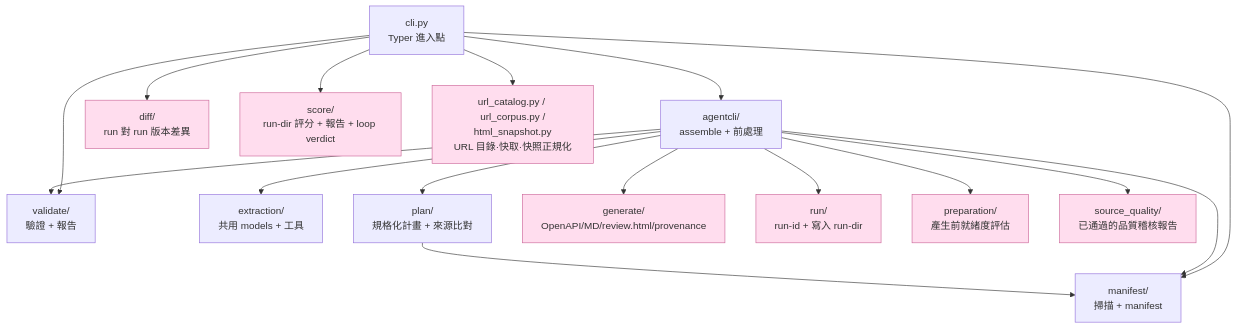
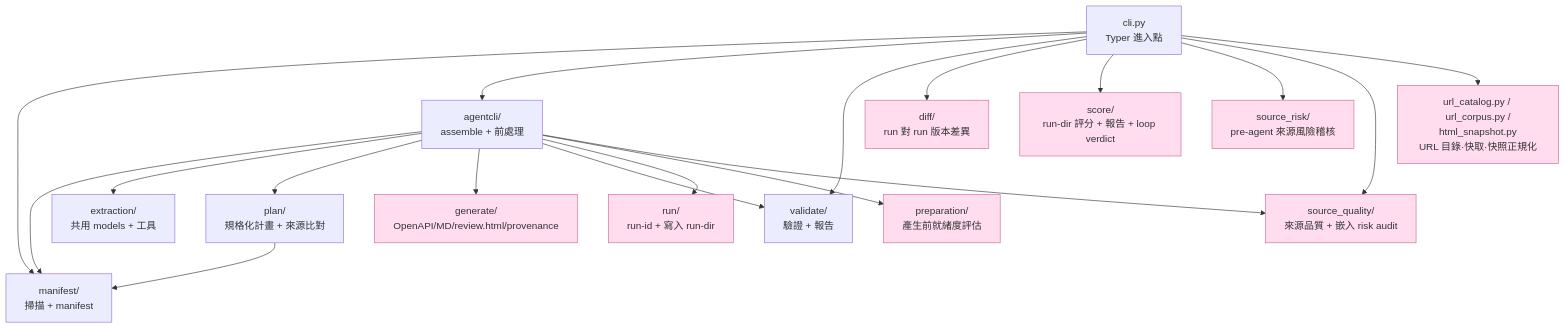
Before and after one commit to CarlLee1983/loop-apidoc: the second of 2 diagrams in docs/ARCHITECTURE.md, drawn with Mermaid. The commit also changed other lines of this file and 42 other files, not shown here.

Commit message:
feat: add pre-agent source risk gate

````diff
--- a/docs/ARCHITECTURE.md
+++ b/docs/ARCHITECTURE.md
@@ -172,25 +175,27 @@
 ```mermaid
 flowchart TD
     cli[cli.py<br/>Typer 進入點]
 
     cli --> manifest[manifest/<br/>掃描 + manifest]
     cli --> agentcli[agentcli/<br/>assemble + 前處理]
     cli --> validate[validate/<br/>驗證 + 報告]
     cli --> diff[diff/<br/>run 對 run 版本差異]
     cli --> score[score/<br/>run-dir 評分 + 報告 + loop verdict]
+    cli --> sourcerisk[source_risk/<br/>pre-agent 來源風險稽核]
+    cli --> sourcequality[source_quality/<br/>來源品質 + 嵌入 risk audit]
     cli --> urltools[url_catalog.py / url_corpus.py /<br/>html_snapshot.py<br/>URL 目錄·快取·快照正規化]
 
     agentcli --> manifest
     agentcli --> extraction[extraction/<br/>共用 models + 工具]
     agentcli --> plan[plan/<br/>規格化計畫 + 來源比對]
     agentcli --> generate[generate/<br/>OpenAPI/MD/review.html/provenance]
     agentcli --> validate
     agentcli --> run[run/<br/>run-id + 寫入 run-dir]
     agentcli --> preparation[preparation/<br/>產生前就緒度評估]
-    agentcli --> sourcequality[source_quality/<br/>已通過的品質稽核報告]
+    agentcli --> sourcequality
 
     plan --> manifest
 
     classDef io fill:#fde,stroke:#c69
-    class generate,run,diff,score,preparation,sourcequality,urltools io
+    class generate,run,diff,score,preparation,sourcerisk,sourcequality,urltools io
 ```
````
